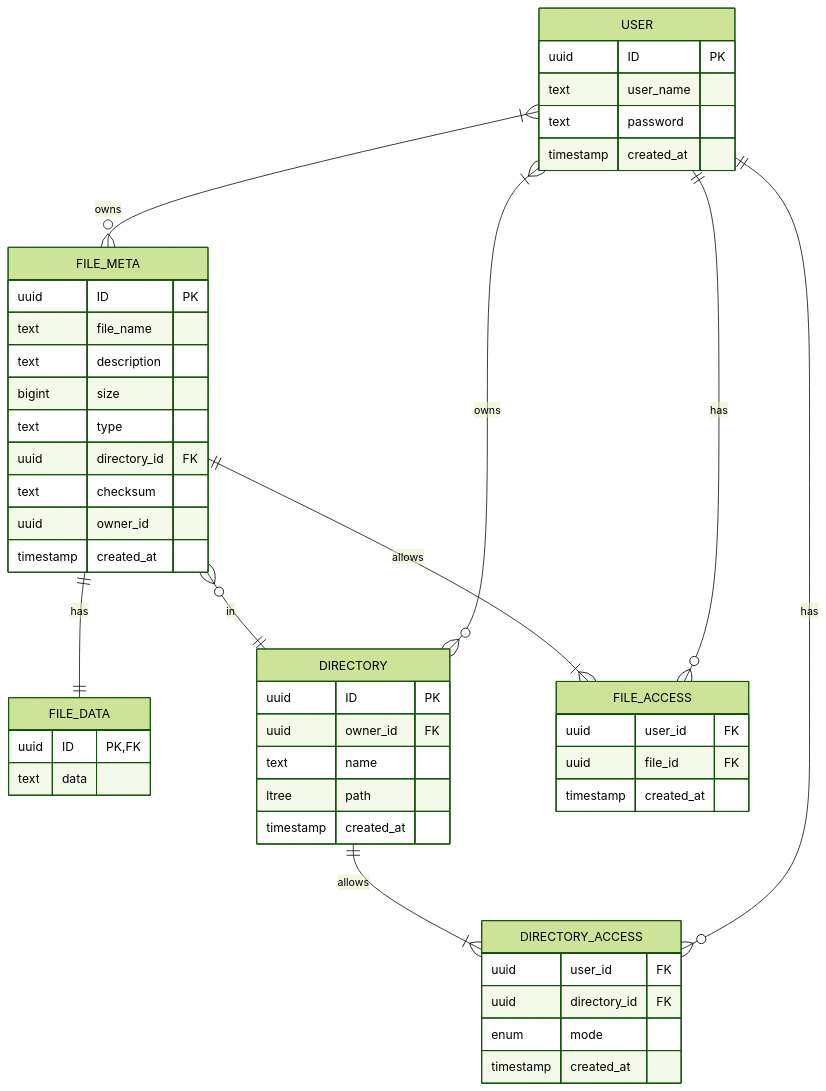
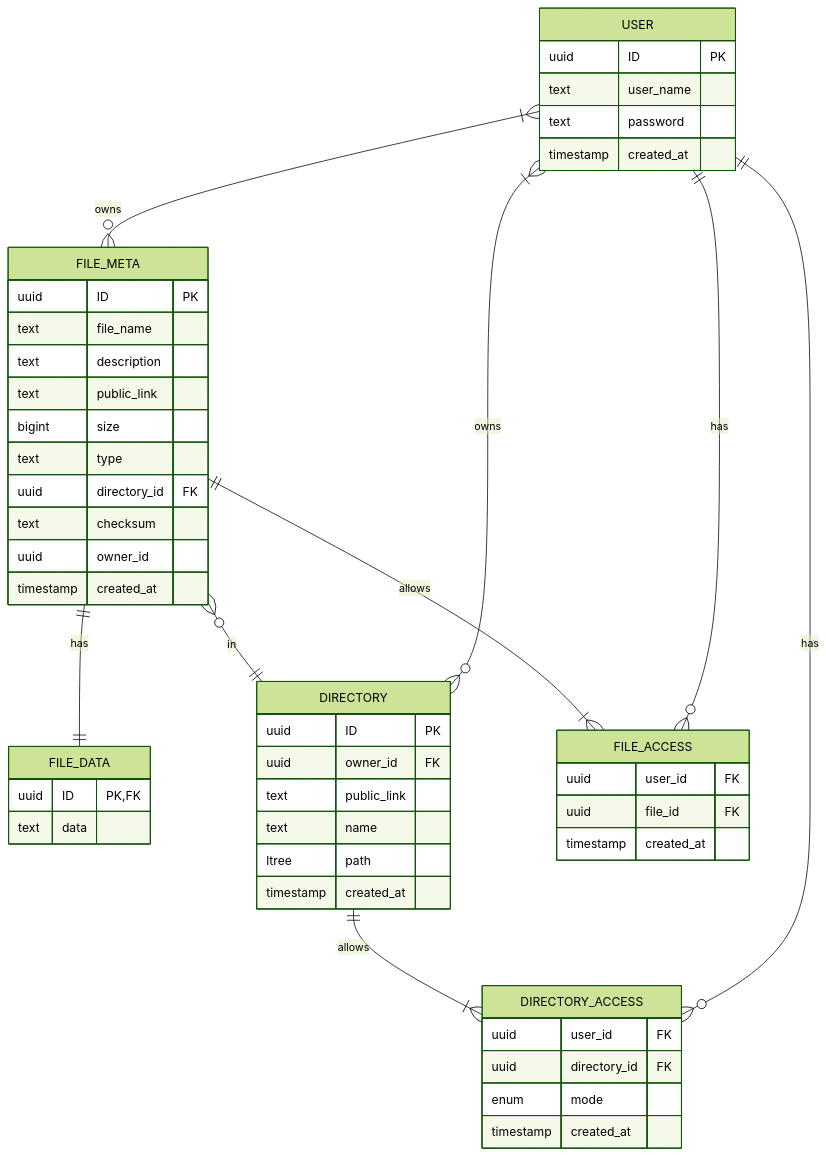
One commit to SlashLight/highload-cloud changed the second of 2 diagrams in README.md. Above: the diagram before and after it, drawn with Mermaid (forest theme). The commit also changed other lines of this file, not shown here.

````diff
--- a/README.md
+++ b/README.md
@@ -41,57 +179,59 @@
 ```mermaid
 erDiagram
 USER{
     uuid ID PK
     text user_name
     text password
     timestamp created_at 
 }
 
 FILE_META{
     uuid ID PK
     text file_name
     text description
+    text public_link
     bigint size
     text type
     uuid directory_id FK
     text checksum
     uuid owner_id
     timestamp created_at  
 }
 
 FILE_DATA{
     uuid ID PK, FK
     text data
 }
 
 FILE_META ||--|| FILE_DATA : has
 
 DIRECTORY{
     uuid ID PK
     uuid owner_id FK
+    text public_link
     text name
     ltree path
     timestamp created_at  
 }
 
 FILE_ACCESS {
     uuid user_id FK
     uuid file_id FK
     timestamp created_at
 }
 
 DIRECTORY_ACCESS {
     uuid user_id FK
     uuid directory_id FK
     enum mode 
     timestamp created_at
 }
 
 USER }|--o{ FILE_META : owns
 USER }|--o{ DIRECTORY : owns
 USER ||--o{ FILE_ACCESS : has
 FILE_META ||--|{ FILE_ACCESS : allows
 FILE_META }o--|| DIRECTORY : in
 USER ||--o{ DIRECTORY_ACCESS : has
 DIRECTORY ||--|{ DIRECTORY_ACCESS : allows
 ```
````
